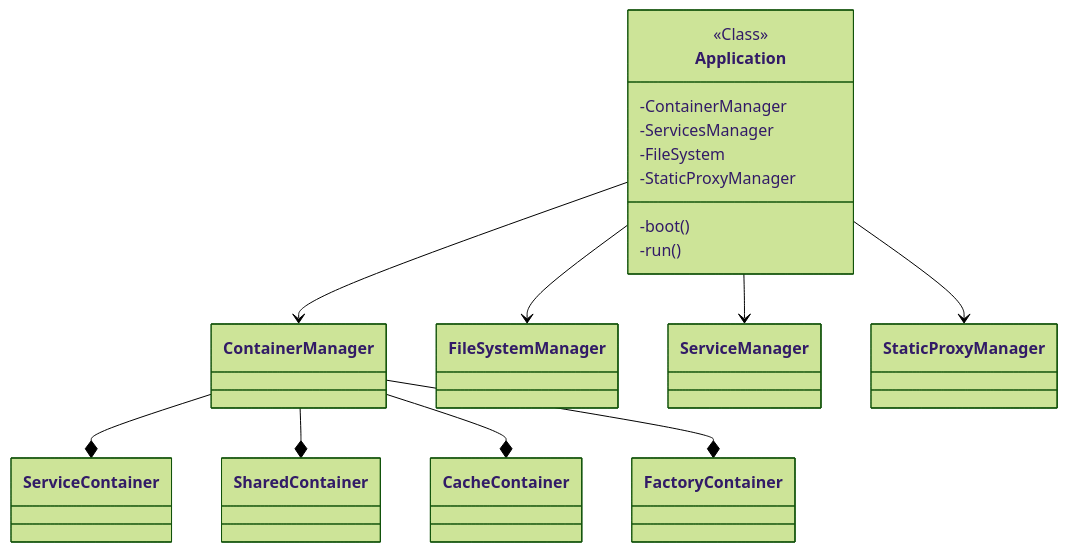
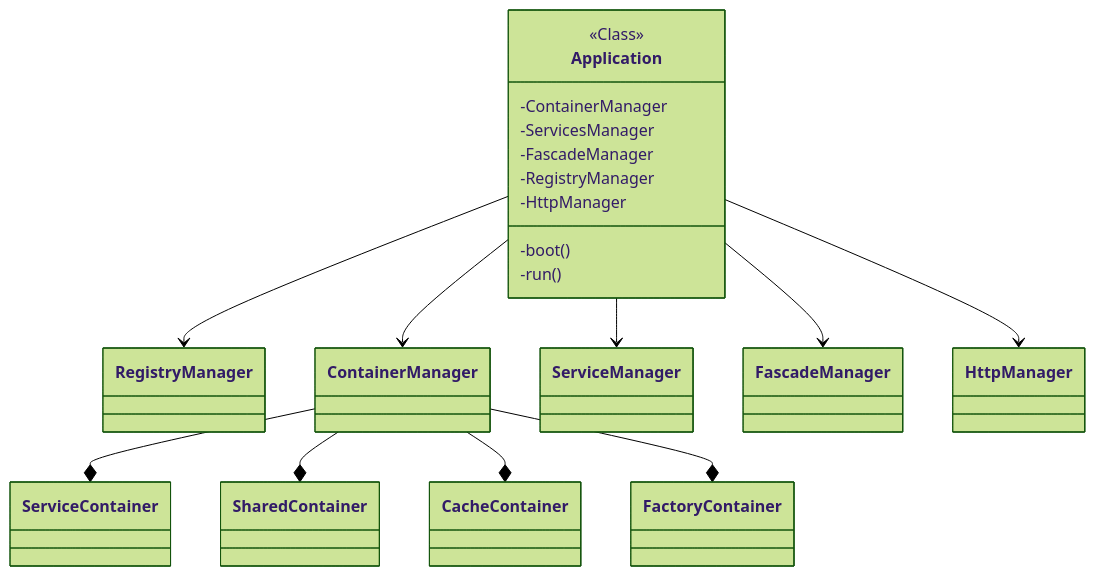
The fifth of 6 diagrams in docs/features/feature-application.md (mnaatjes/sandbox-php), drawn with Mermaid (forest theme) before and after one commit. The commit also changed other lines of this file and 2 other files, not shown here.

Commit message:
sequence diagramming

````diff
--- a/docs/features/feature-application.md
+++ b/docs/features/feature-application.md
@@ -469,30 +473,32 @@
 ```mermaid
 classDiagram
   direction TD
 
   class Application {
     <<Class>>
     -ContainerManager
     -ServicesManager
-    -FileSystem
-    -StaticProxyManager
+    -FascadeManager
+    -RegistryManager
+    -HttpManager
     -boot()
     -run()
   }
 
   %% Relationship: Application OWNS ContainerManager
+  Application --> RegistryManager
   Application --> ContainerManager
-  Application --> FileSystemManager
   Application --> ServiceManager
-  Application --> StaticProxyManager
+  Application --> FascadeManager
+  Application --> HttpManager
 
   %% Relationship: ContainerManager OWNS *Container
   ContainerManager --* ServiceContainer
   ContainerManager --* SharedContainer 
   ContainerManager --* CacheContainer 
   ContainerManager --* FactoryContainer 
 
-  %% Relationship: FileSystemManager OWNS 
+  %% Relationship:  OWNS 
   
 
 ```
````
